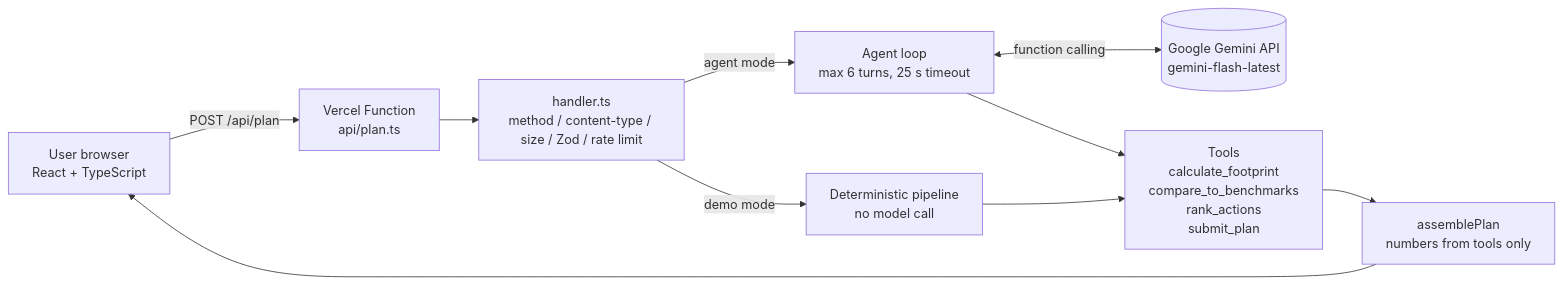
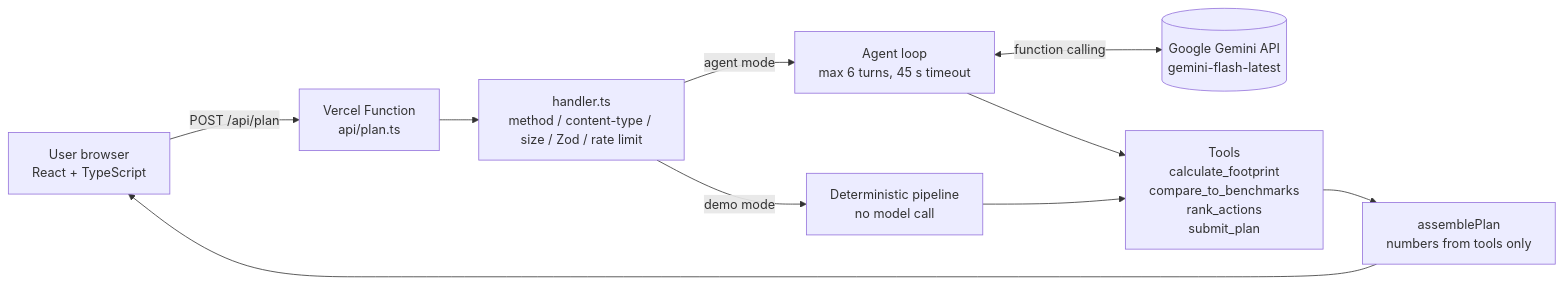
The diagram in README.md (chinmaymeshram1-wq/promptwar), drawn with Mermaid before and after one commit. The commit also changed 4 other files, not shown here.

````diff
--- a/README.md
+++ b/README.md
@@ -51,12 +51,12 @@
 ```mermaid
 flowchart LR
     U[User browser<br/>React + TypeScript] -- POST /api/plan --> F[Vercel Function<br/>api/plan.ts]
     F --> H[handler.ts<br/>method / content-type / size / Zod / rate limit]
     H -- demo mode --> D[Deterministic pipeline<br/>no model call]
-    H -- agent mode --> A[Agent loop<br/>max 6 turns, 25 s timeout]
+    H -- agent mode --> A[Agent loop<br/>max 6 turns, 45 s timeout]
     A <-- function calling --> G[(Google Gemini API<br/>gemini-flash-latest)]
     A --> T[Tools<br/>calculate_footprint<br/>compare_to_benchmarks<br/>rank_actions<br/>submit_plan]
     D --> T
     T --> P[assemblePlan<br/>numbers from tools only]
     P --> U
 ```
````
